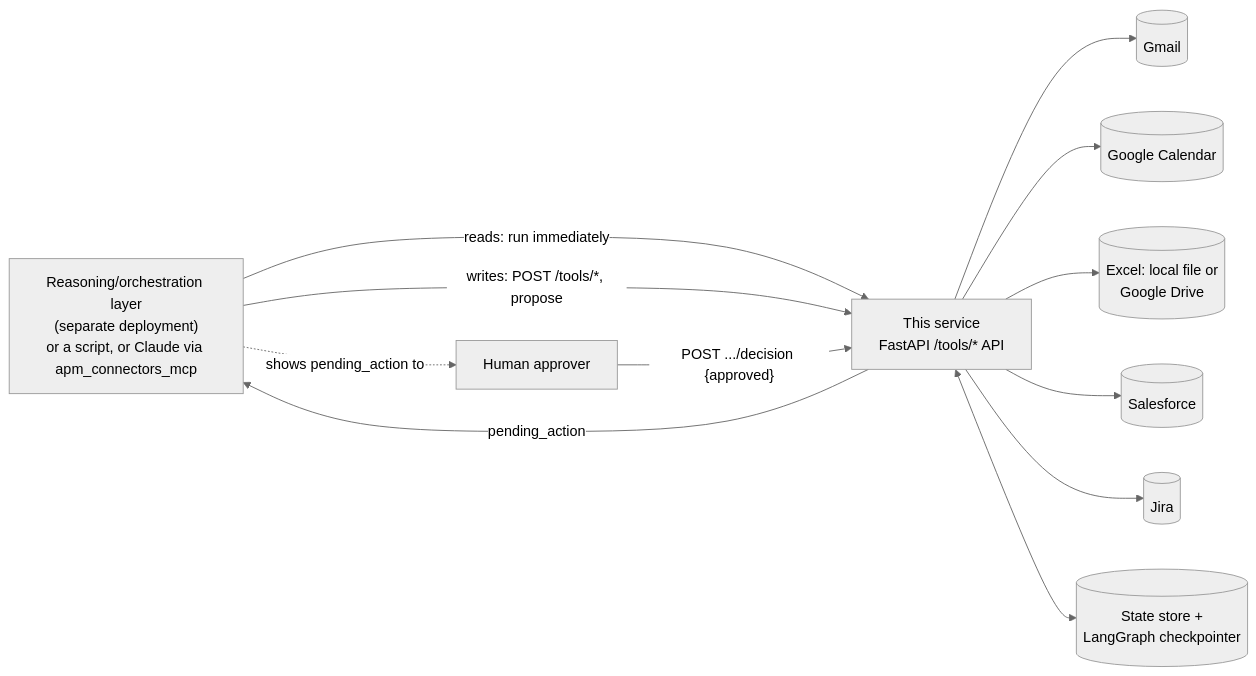
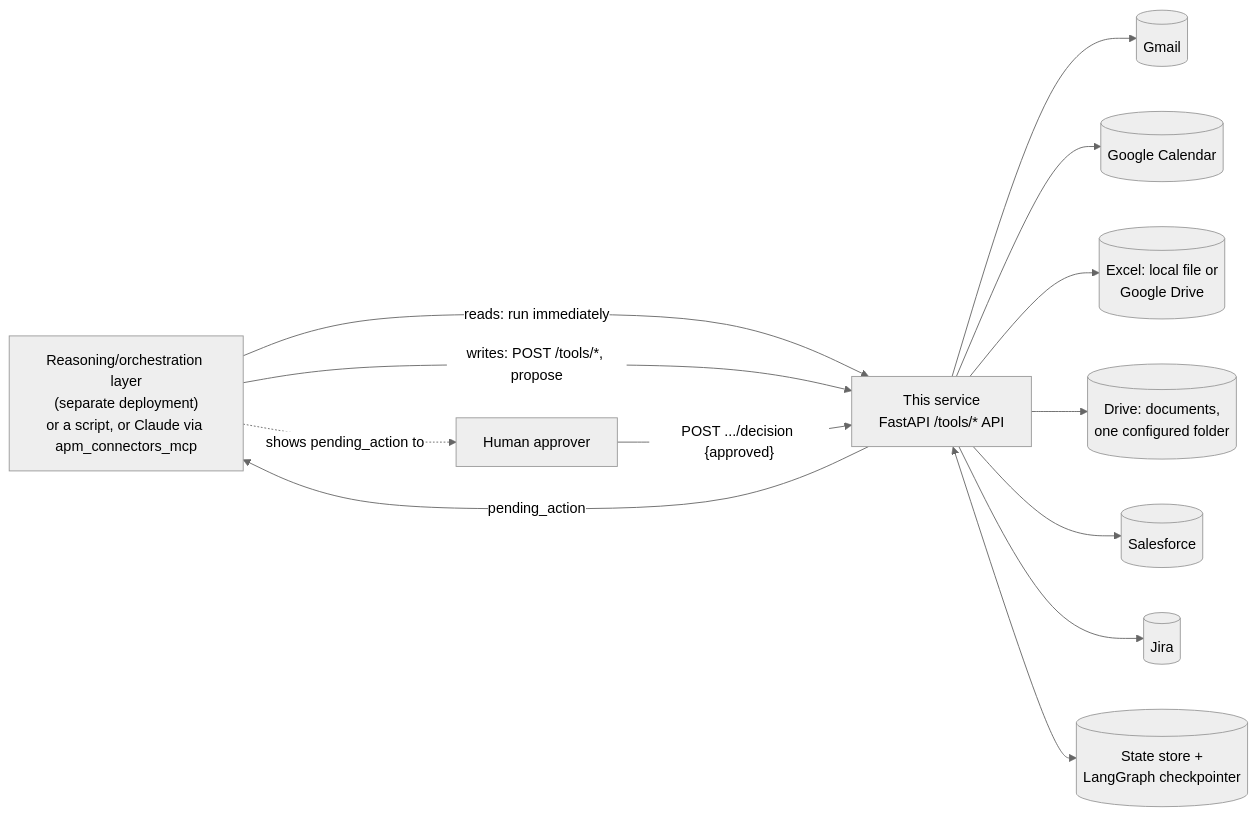
One commit to ravindraaws77/APM_Connectors_Enterprise_Systems changed the first of 4 diagrams in docs/architecture.md. Above: the diagram before and after it, drawn with Mermaid (neutral theme). The commit also changed 13 other files, not shown here.

````diff
--- a/docs/architecture.md
+++ b/docs/architecture.md
@@ -36,24 +36,26 @@
 ```mermaid
 flowchart LR
     caller["Reasoning/orchestration layer<br/>(separate deployment)<br/>or a script, or Claude via apm_connectors_mcp"]
     human["Human approver"]
     api["This service<br/>FastAPI /tools/* API"]
     gmail[(Gmail)]
     cal[(Google Calendar)]
     excel[(Excel: local file or<br/>Google Drive)]
+    drive[(Drive: documents,<br/>one configured folder)]
     sf[(Salesforce)]
     jira[(Jira)]
     state[("State store +<br/>LangGraph checkpointer")]
 
     caller -- "reads: run immediately" --> api
     caller -- "writes: POST /tools/*, propose" --> api
     api -- "pending_action" --> caller
     caller -. "shows pending_action to" .-> human
     human -- "POST .../decision {approved}" --> api
     api --> gmail
     api --> cal
     api --> excel
+    api --> drive
     api --> sf
     api --> jira
     api <--> state
 ```
````
